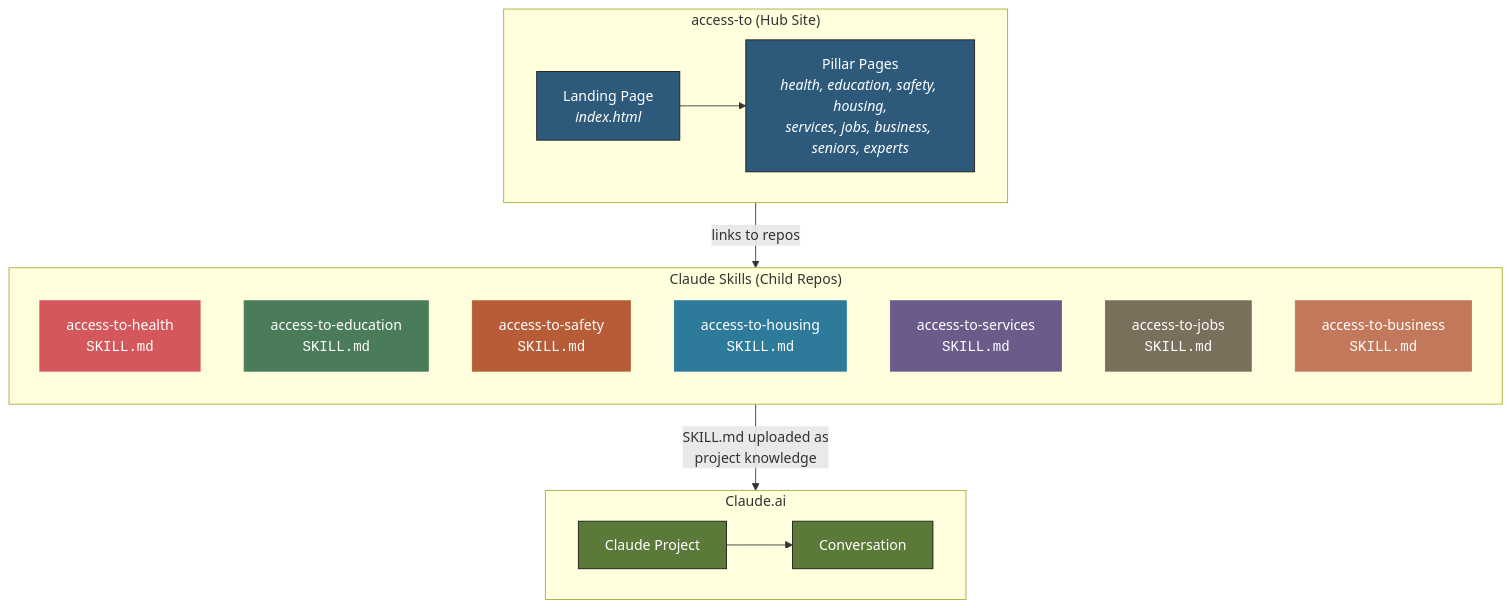
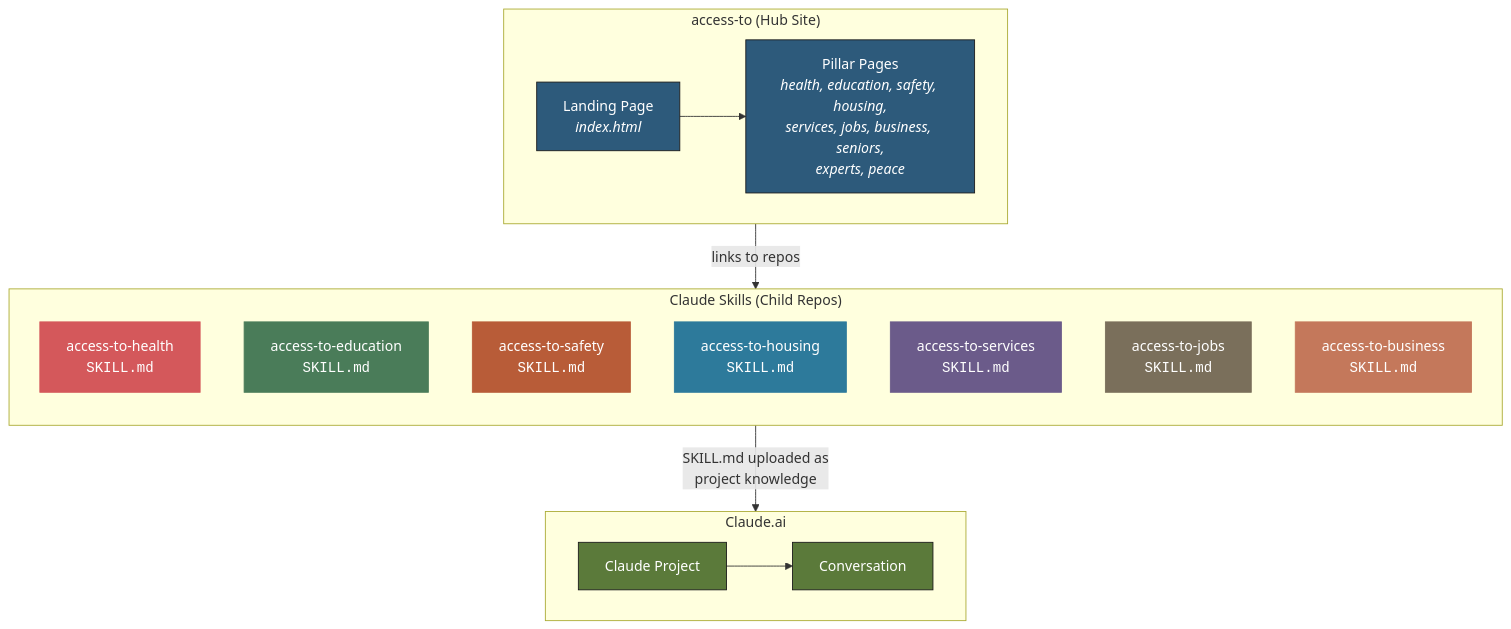
Before and after one commit to dougdevitre/access-to: the fourth of 6 diagrams in README.md, drawn with Mermaid. The commit also changed 21 other files, not shown here.

First line of the commit message:
Add the Peace pillar page (hold: waiting on the Peace B2 safety fix) (#44)

````diff
--- a/README.md
+++ b/README.md
@@ -267,42 +267,42 @@
 ```mermaid
 flowchart TB
     subgraph HUB ["access-to (Hub Site)"]
         direction LR
         LP["Landing Page<br/><i>index.html</i>"]
-        PP["Pillar Pages<br/><i>health, education, safety, housing,<br/>services, jobs, business, seniors, experts</i>"]
+        PP["Pillar Pages<br/><i>health, education, safety, housing,<br/>services, jobs, business, seniors,<br/>experts, peace</i>"]
         LP --> PP
     end
 
     subgraph SKILLS ["Claude Skills (Child Repos)"]
         direction TB
         S1["access-to-health<br/><code>SKILL.md</code>"]
         S2["access-to-education<br/><code>SKILL.md</code>"]
         S3["access-to-safety<br/><code>SKILL.md</code>"]
         S4["access-to-housing<br/><code>SKILL.md</code>"]
         S5["access-to-services<br/><code>SKILL.md</code>"]
         S6["access-to-jobs<br/><code>SKILL.md</code>"]
         S7["access-to-business<br/><code>SKILL.md</code>"]
     end
 
     subgraph CLAUDE ["Claude.ai"]
         direction LR
         CP["Claude Project"]
         CONV["Conversation"]
         CP --> CONV
     end
 
     PP -- "links to repos" --> SKILLS
     SKILLS -- "SKILL.md uploaded as<br/>project knowledge" --> CP
 
     style LP fill:#2D5A7B,stroke:#1A1A1A,color:#fff
     style PP fill:#2D5A7B,stroke:#1A1A1A,color:#fff
     style CP fill:#5B7A3A,stroke:#1A1A1A,color:#fff
     style CONV fill:#5B7A3A,stroke:#1A1A1A,color:#fff
     style S1 fill:#D4585B,stroke:#D4585B,color:#fff
     style S2 fill:#4A7C59,stroke:#4A7C59,color:#fff
     style S3 fill:#B85C38,stroke:#B85C38,color:#fff
     style S4 fill:#2D7A9B,stroke:#2D7A9B,color:#fff
     style S5 fill:#6B5B8A,stroke:#6B5B8A,color:#fff
     style S6 fill:#7A6F5B,stroke:#7A6F5B,color:#fff
     style S7 fill:#C4785B,stroke:#C4785B,color:#fff
 ```
````
